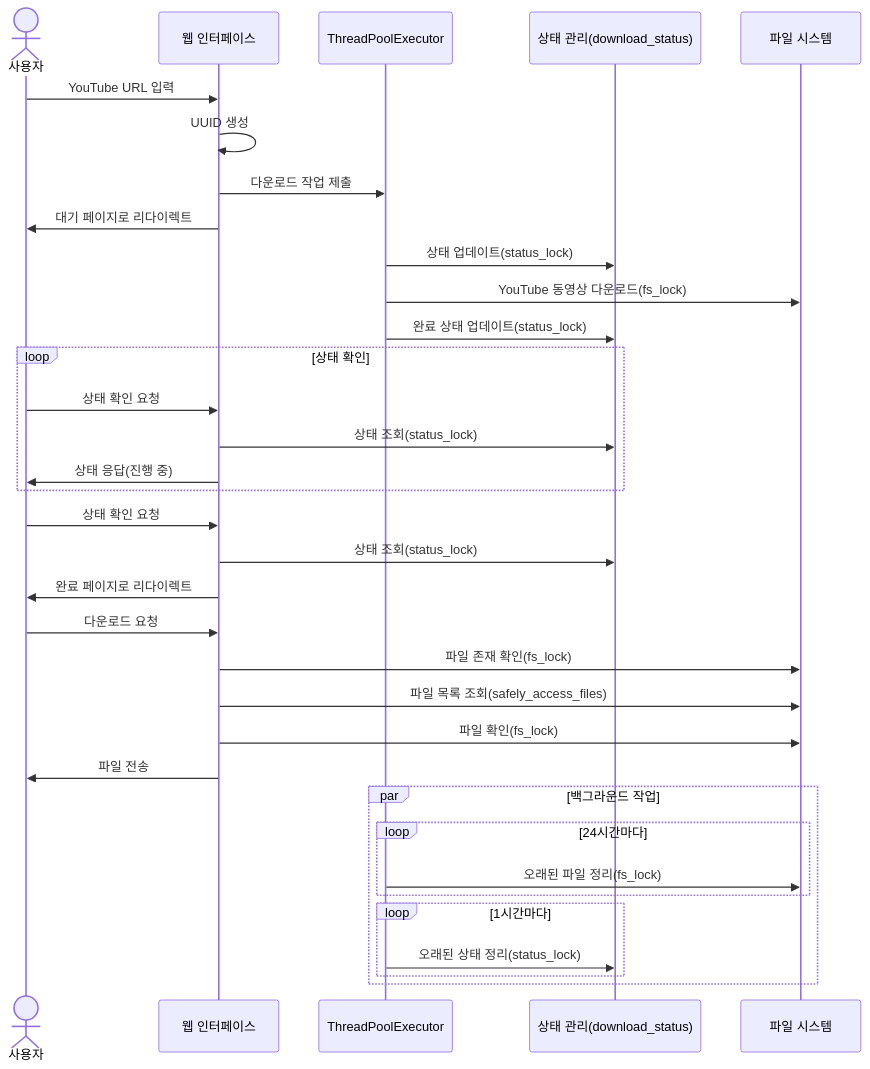
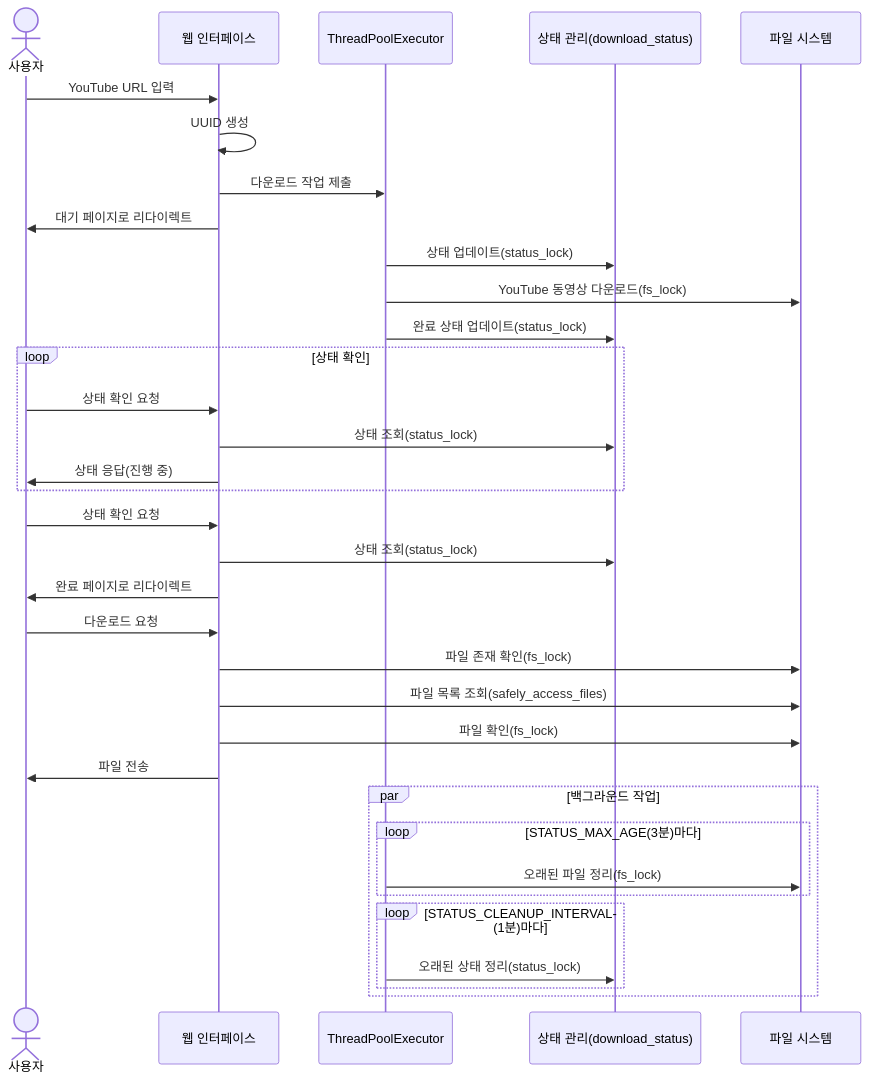
One commit to raphaelIl/dl-test changed the diagram in README.md. Above: the diagram before and after it, drawn with Mermaid. The commit also changed 2 other files, not shown here.

Commit message:
feat: Add resource optimization guidelines and update docker-compose settings; adjust max file size, worker settings, and introduce status management parameters

````diff
--- a/README.md
+++ b/README.md
@@ -22,43 +22,43 @@
 ```mermaid
 sequenceDiagram
     actor User as 사용자
     participant Web as 웹 인터페이스
     participant Thread as ThreadPoolExecutor
     participant Status as 상태 관리(download_status)
     participant FS as 파일 시스템
 
     User->>Web: YouTube URL 입력
     Web->>Web: UUID 생성
     Web->>Thread: 다운로드 작업 제출
     Web->>User: 대기 페이지로 리다이렉트
 
     Thread->>Status: 상태 업데이트(status_lock)
     Thread->>FS: YouTube 동영상 다운로드(fs_lock)
     Thread->>Status: 완료 상태 업데이트(status_lock)
 
     loop 상태 확인
         User->>Web: 상태 확인 요청
         Web->>Status: 상태 조회(status_lock)
         Web->>User: 상태 응답(진행 중)
     end
 
     User->>Web: 상태 확인 요청
     Web->>Status: 상태 조회(status_lock)
     Web->>User: 완료 페이지로 리다이렉트
 
     User->>Web: 다운로드 요청
     Web->>FS: 파일 존재 확인(fs_lock)
     Web->>FS: 파일 목록 조회(safely_access_files)
     Web->>FS: 파일 확인(fs_lock)
     Web->>User: 파일 전송
 
     par 백그라운드 작업
-        loop 24시간마다
+        loop STATUS_MAX_AGE(3분)마다
             Thread->>FS: 오래된 파일 정리(fs_lock)
         end
 
-        loop 1시간마다
+        loop STATUS_CLEANUP_INTERVAL(1분)마다
             Thread->>Status: 오래된 상태 정리(status_lock)
         end
     end
 ```
````
